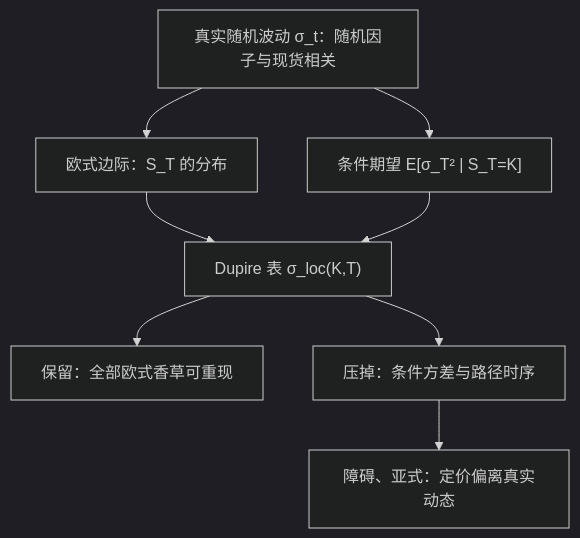
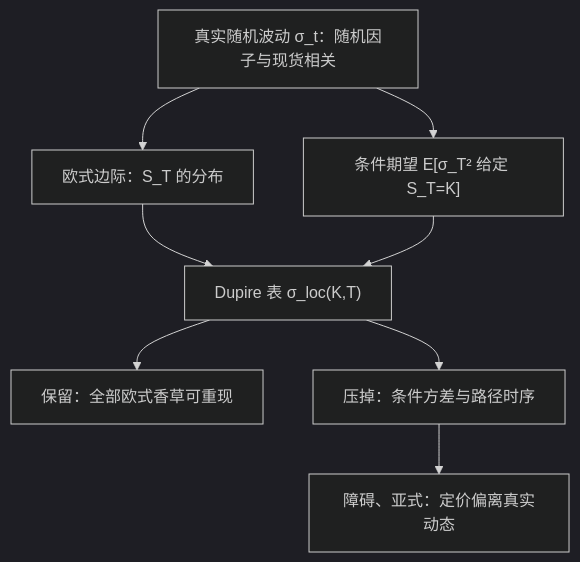
Before and after one commit to xhongduo-tech/xhongduo-tech.github.io: the first of 2 diagrams in docs/quant/dupire.md, drawn with Mermaid (dark theme). The commit also changed 4 other files, not shown here.

Commit message:
Enhance more quant articles with second diagrams and beginner marginnotes.

````diff
--- a/docs/quant/dupire.md
+++ b/docs/quant/dupire.md
@@ -56,10 +56,10 @@
 ```mermaid
 flowchart TD
   SV["真实随机波动 σ_t：随机因子与现货相关"] --> MARG["欧式边际：S_T 的分布"]
-  SV --> COND["条件期望 E[σ_T² | S_T=K]"]
+  SV --> COND["条件期望 E[σ_T² 给定 S_T=K]"]
   MARG --> DUP["Dupire 表 σ_loc(K,T)"]
   COND --> DUP
   DUP --> KEEP["保留：全部欧式香草可重现"]
   DUP --> LOSS["压掉：条件方差与路径时序"]
   LOSS --> FAIL["障碍、亚式：定价偏离真实动态"]
 ```
````
